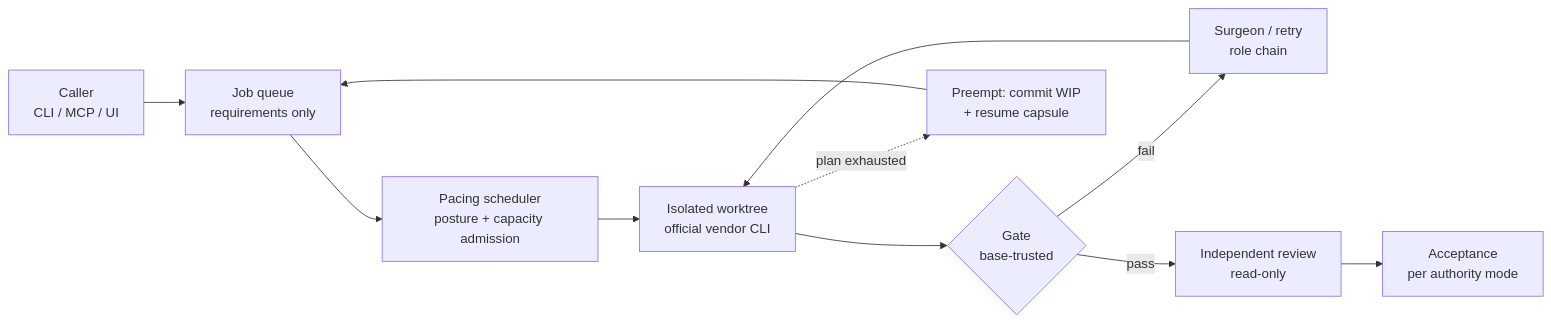
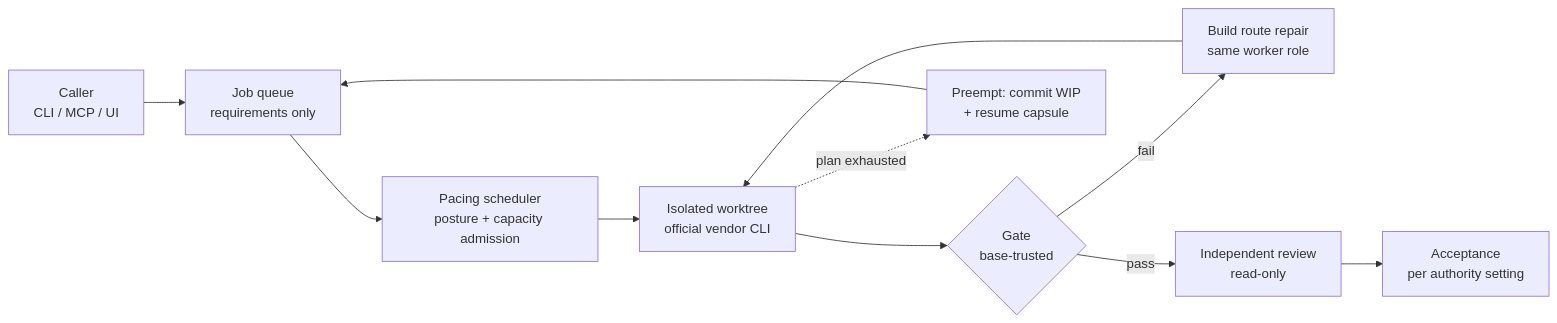
The diagram in README.md (sabers13/SaberOps), drawn with Mermaid before and after one commit. The commit also changed other lines of this file and 86 other files, not shown here.

First line of the commit message:
E1: three roles, build-route repairs and strong start

````diff
--- a/README.md
+++ b/README.md
@@ -74,13 +74,13 @@
 ```mermaid
 flowchart LR
     S[Caller<br/>CLI / MCP / UI] --> J[Job queue<br/>requirements only]
     J --> SC[Pacing scheduler<br/>posture + capacity admission]
     SC --> W[Isolated worktree<br/>official vendor CLI]
     W --> G{Gate<br/>base-trusted}
-    G -- fail --> R[Surgeon / retry<br/>role chain]
+    G -- fail --> R[Build route repair<br/>same worker role]
     R --> W
     G -- pass --> RV[Independent review<br/>read-only]
-    RV --> A[Acceptance<br/>per authority mode]
+    RV --> A[Acceptance<br/>per authority setting]
     W -. plan exhausted .-> P[Preempt: commit WIP<br/>+ resume capsule]
     P --> J
 ```
````
